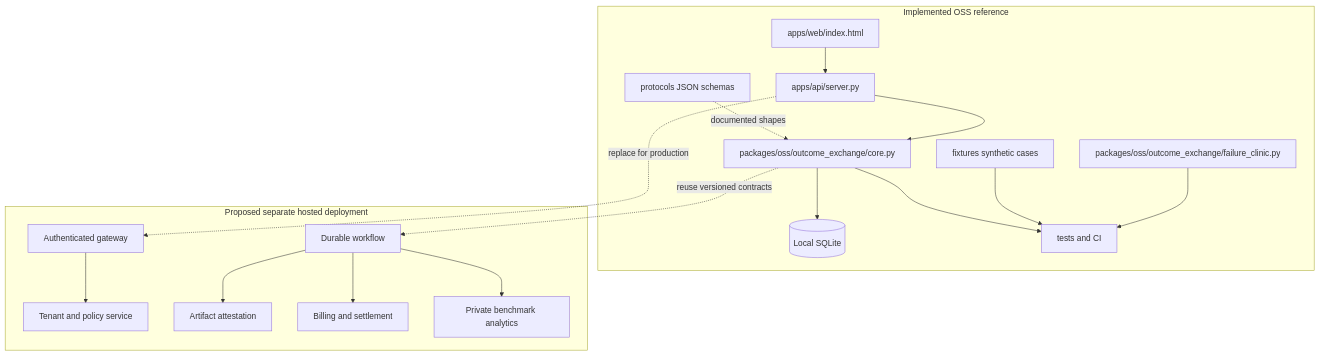
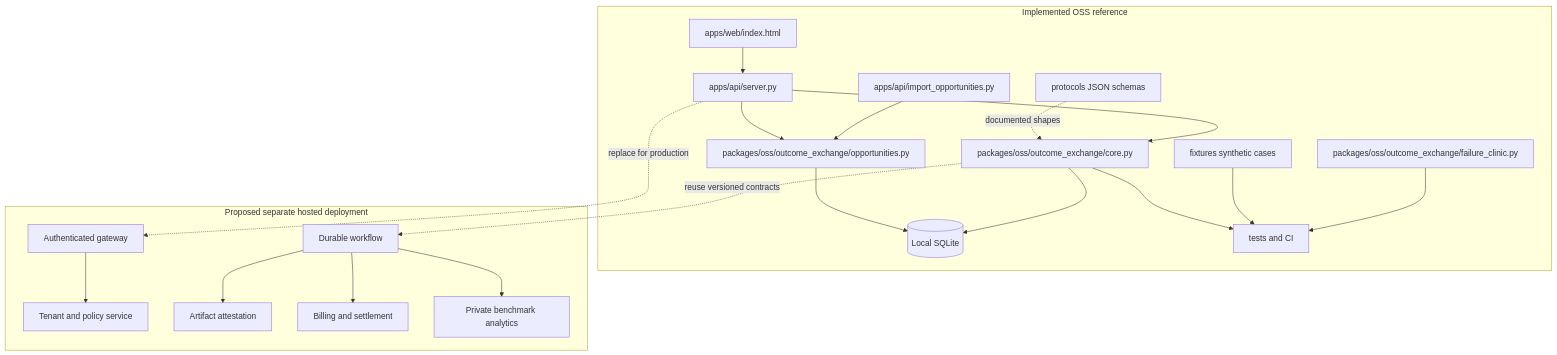
Before and after one commit to AAH20/a2z-agent-hire: the second of 11 diagrams in docs/ARCHITECTURE.md, drawn with Mermaid. The commit also changed other lines of this file and 9 other files, not shown here.

Commit message:
Add bounded employer opportunity intake and local tracker

````diff
--- a/docs/ARCHITECTURE.md
+++ b/docs/ARCHITECTURE.md
@@ -40,32 +42,36 @@
 ```mermaid
 flowchart TB
   subgraph OSS[Implemented OSS reference]
     Browser[apps/web/index.html]
     API[apps/api/server.py]
+    Intake[apps/api/import_opportunities.py]
+    Opportunity[packages/oss/outcome_exchange/opportunities.py]
     Core[packages/oss/outcome_exchange/core.py]
     Clinic[packages/oss/outcome_exchange/failure_clinic.py]
     DB[(Local SQLite)]
     Contracts[protocols JSON schemas]
     Fixtures[fixtures synthetic cases]
     Tests[tests and CI]
     Browser --> API --> Core --> DB
+    Intake --> Opportunity --> DB
+    API --> Opportunity
     Clinic --> Tests
     Fixtures --> Tests
     Core --> Tests
     Contracts -. documented shapes .-> Core
   end
   subgraph HOSTED[Proposed separate hosted deployment]
     Gateway[Authenticated gateway]
     Tenant[Tenant and policy service]
     Workflow[Durable workflow]
     Attest[Artifact attestation]
     Ledger[Billing and settlement]
     Analytics[Private benchmark analytics]
   end
   API -. replace for production .-> Gateway
   Core -. reuse versioned contracts .-> Workflow
   Gateway --> Tenant
   Workflow --> Attest
   Workflow --> Ledger
   Workflow --> Analytics
 ```
````
